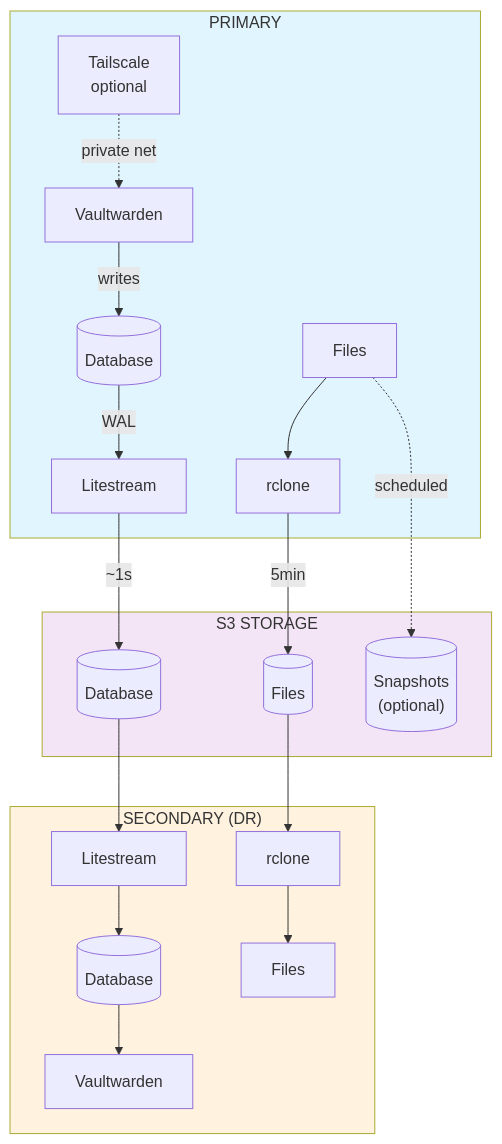
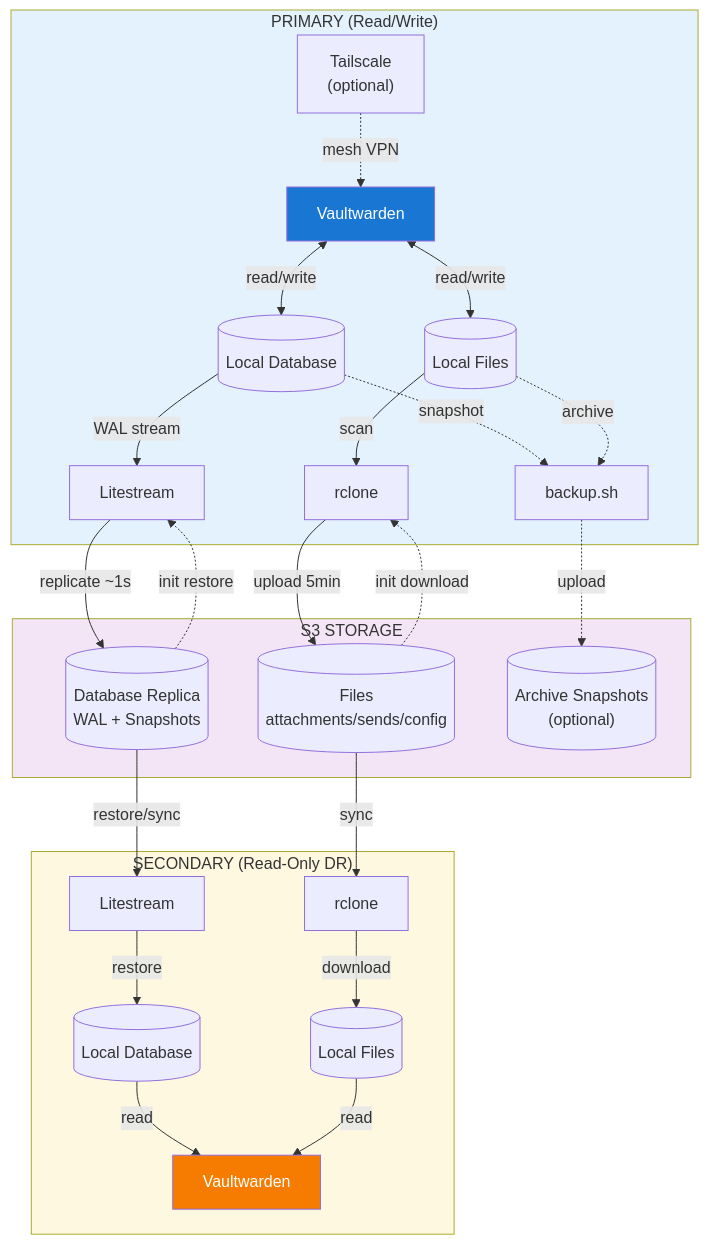
The diagram in README.md (garyellow/vaultwarden-stream), drawn with Mermaid before and after one commit. The commit also changed other lines of this file and 6 other files, not shown here.

````diff
--- a/README.md
+++ b/README.md
@@ -143,45 +27,54 @@
 ```mermaid
 graph TB
-    subgraph PRIMARY["PRIMARY"]
+    subgraph PRIMARY["PRIMARY (Read/Write)"]
         VW1[Vaultwarden]
-        DB1[(Database)]
+        DB1[(Local Database)]
+        FILES1[(Local Files)]
         LS1[Litestream]
-        FILES1[Files]
         RC1[rclone]
-        TS1[Tailscale<br/>optional]
+        BACKUP1[backup.sh]
+        TS1["Tailscale<br/>(optional)"]
 
-        VW1 -->|writes| DB1
-        DB1 -->|WAL| LS1
-        FILES1 --> RC1
-        TS1 -.->|private net| VW1
+        VW1 <-->|read/write| DB1
+        VW1 <-->|read/write| FILES1
+        DB1 -->|WAL stream| LS1
+        FILES1 -->|scan| RC1
+        DB1 -.->|snapshot| BACKUP1
+        FILES1 -.->|archive| BACKUP1
+        TS1 -.->|mesh VPN| VW1
     end
 
     subgraph S3["S3 STORAGE"]
-        S3DB[(Database)]
-        S3FILES[(Files)]
-        S3BACKUP[("Snapshots<br/>(optional)")]
+        S3DB[(Database Replica<br/>WAL + Snapshots)]
+        S3FILES[(Files<br/>attachments/sends/config)]
+        S3BACKUP[("Archive Snapshots<br/>(optional)")]
     end
 
-    subgraph SECONDARY["SECONDARY (DR)"]
+    subgraph SECONDARY["SECONDARY (Read-Only DR)"]
+        VW2[Vaultwarden]
+        DB2[(Local Database)]
+        FILES2[(Local Files)]
         LS2[Litestream]
-        DB2[(Database)]
-        VW2[Vaultwarden]
         RC2[rclone]
-        FILES2[Files]
 
-        LS2 --> DB2
-        DB2 --> VW2
-        RC2 --> FILES2
+        DB2 -->|read| VW2
+        FILES2 -->|read| VW2
+        LS2 -->|restore| DB2
+        RC2 -->|download| FILES2
     end
 
-    LS1 -->|~1s| S3DB
-    RC1 -->|5min| S3FILES
-    FILES1 -.->|scheduled| S3BACKUP
+    LS1 -->|replicate ~1s| S3DB
+    RC1 -->|upload 5min| S3FILES
+    BACKUP1 -.->|upload| S3BACKUP
 
-    S3DB --> LS2
-    S3FILES --> RC2
+    S3DB -->|restore/sync| LS2
+    S3FILES -->|sync| RC2
+    S3DB -.->|init restore| LS1
+    S3FILES -.->|init download| RC1
 
-    style PRIMARY fill:#e1f5fe
-    style SECONDARY fill:#fff3e0
+    style PRIMARY fill:#e3f2fd
+    style SECONDARY fill:#fff8e1
     style S3 fill:#f3e5f5
+    style VW1 fill:#1976d2,color:#fff
+    style VW2 fill:#f57c00,color:#fff
 ```
````
